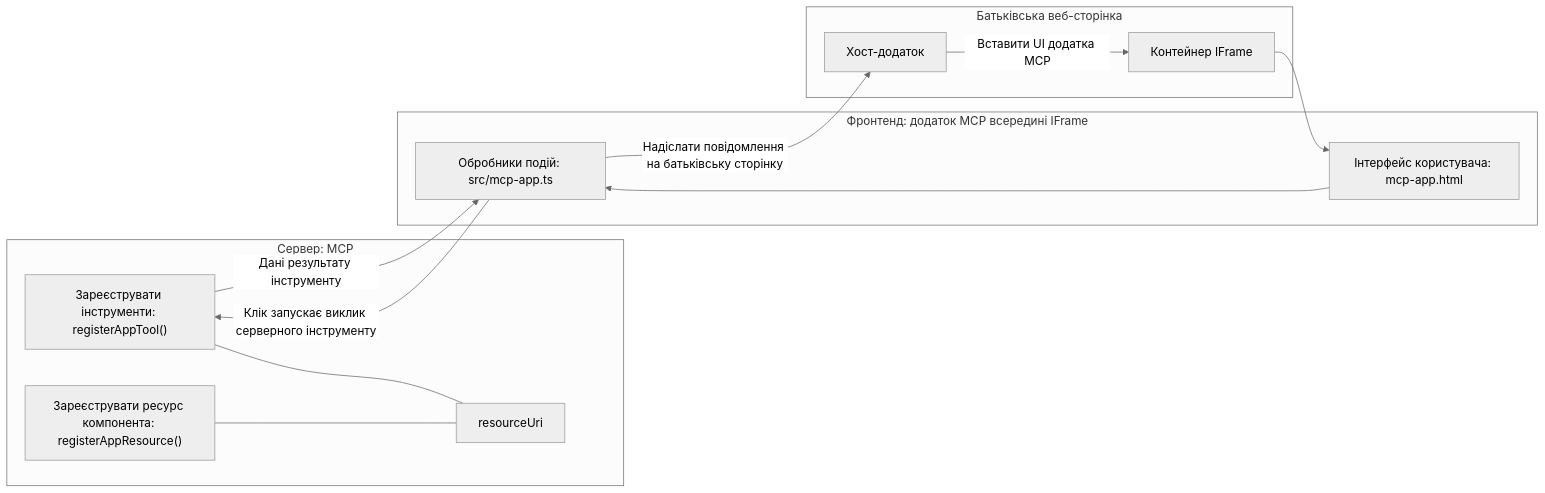
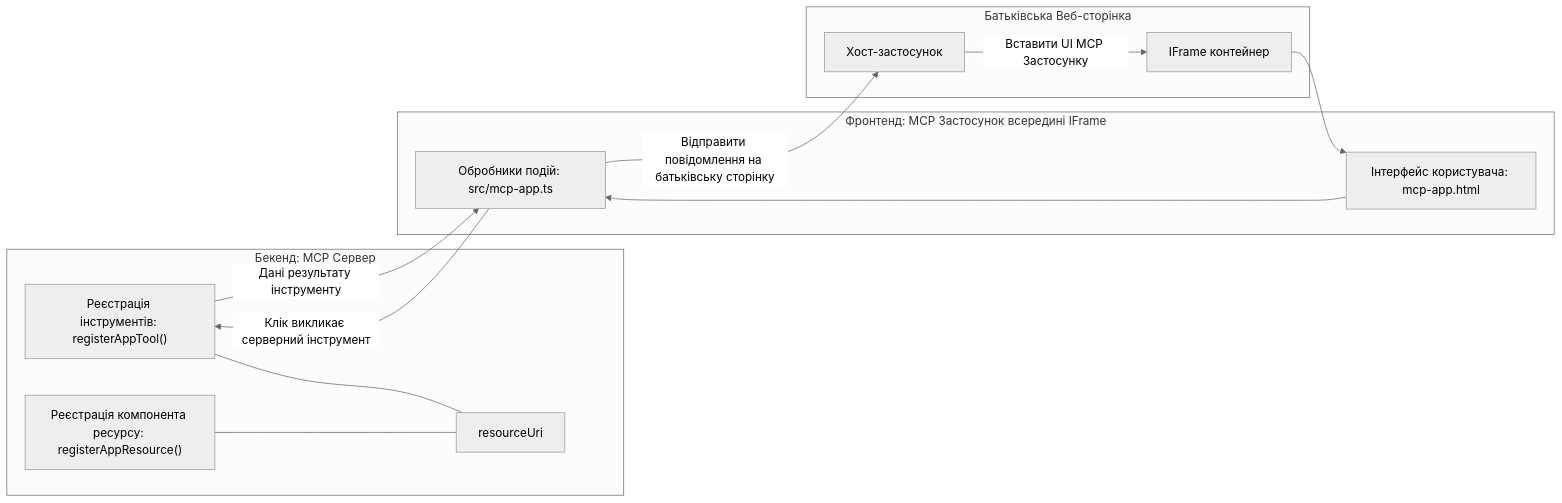
Before and after one commit to HIDORAKAI002/ai-workspace-archive: the diagram in mcp_ecosystem__model_context_protocol/mcp_learning_resources/mcp-for-beginners/translations/uk/03-GettingStarted/15-mcp-apps/README.md, drawn with Mermaid (neutral theme). The commit also changed other lines of this file and 1160 other files, not shown here.

````diff
--- a/mcp_ecosystem__model_context_protocol/mcp_learning_resources/mcp-for-beginners/translations/uk/03-GettingStarted/15-mcp-apps/README.md
+++ b/mcp_ecosystem__model_context_protocol/mcp_learning_resources/mcp-for-beginners/translations/uk/03-GettingStarted/15-mcp-apps/README.md
@@ -32,27 +32,27 @@
 ```mermaid
 flowchart LR
-  subgraph Backend[Сервер: MCP]
-    T["Зареєструвати інструменти: registerAppTool()"]
-    C["Зареєструвати ресурс компонента: registerAppResource()"]
+  subgraph Backend[Бекенд: MCP Сервер]
+    T["Реєстрація інструментів: registerAppTool()"]
+    C["Реєстрація компонента ресурсу: registerAppResource()"]
     U[resourceUri]
     T --- U
     C --- U
   end
 
-  subgraph Parent[Батьківська веб-сторінка]
-    H[Хост-додаток]
-    IFRAME[Контейнер IFrame]
-    H -->|Вставити UI додатка MCP| IFRAME
+  subgraph Parent[Батьківська Веб-сторінка]
+    H[Хост-застосунок]
+    IFRAME[IFrame контейнер]
+    H -->|Вставити UI MCP Застосунку| IFRAME
   end
 
-  subgraph Frontend[Фронтенд: додаток MCP всередині IFrame]
+  subgraph Frontend[Фронтенд: MCP Застосунок всередині IFrame]
     UI["Інтерфейс користувача: mcp-app.html"]
     EH["Обробники подій: src/mcp-app.ts"]
     UI --> EH
   end
 
   IFRAME --> UI
-  EH -->|Клік запускає виклик серверного інструменту| T
+  EH -->|Клік викликає серверний інструмент| T
   T -->|Дані результату інструменту| EH
-  EH -->|Надіслати повідомлення на батьківську сторінку| H
+  EH -->|Відправити повідомлення на батьківську сторінку| H
 ```
````
